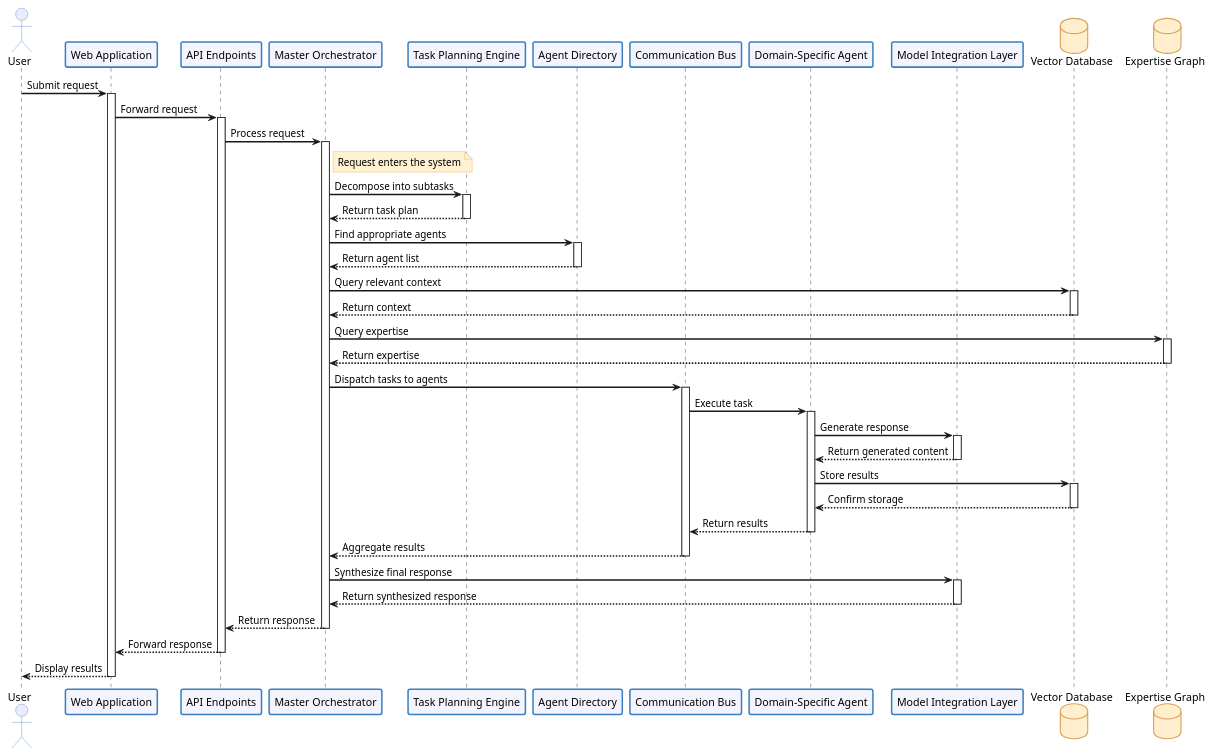
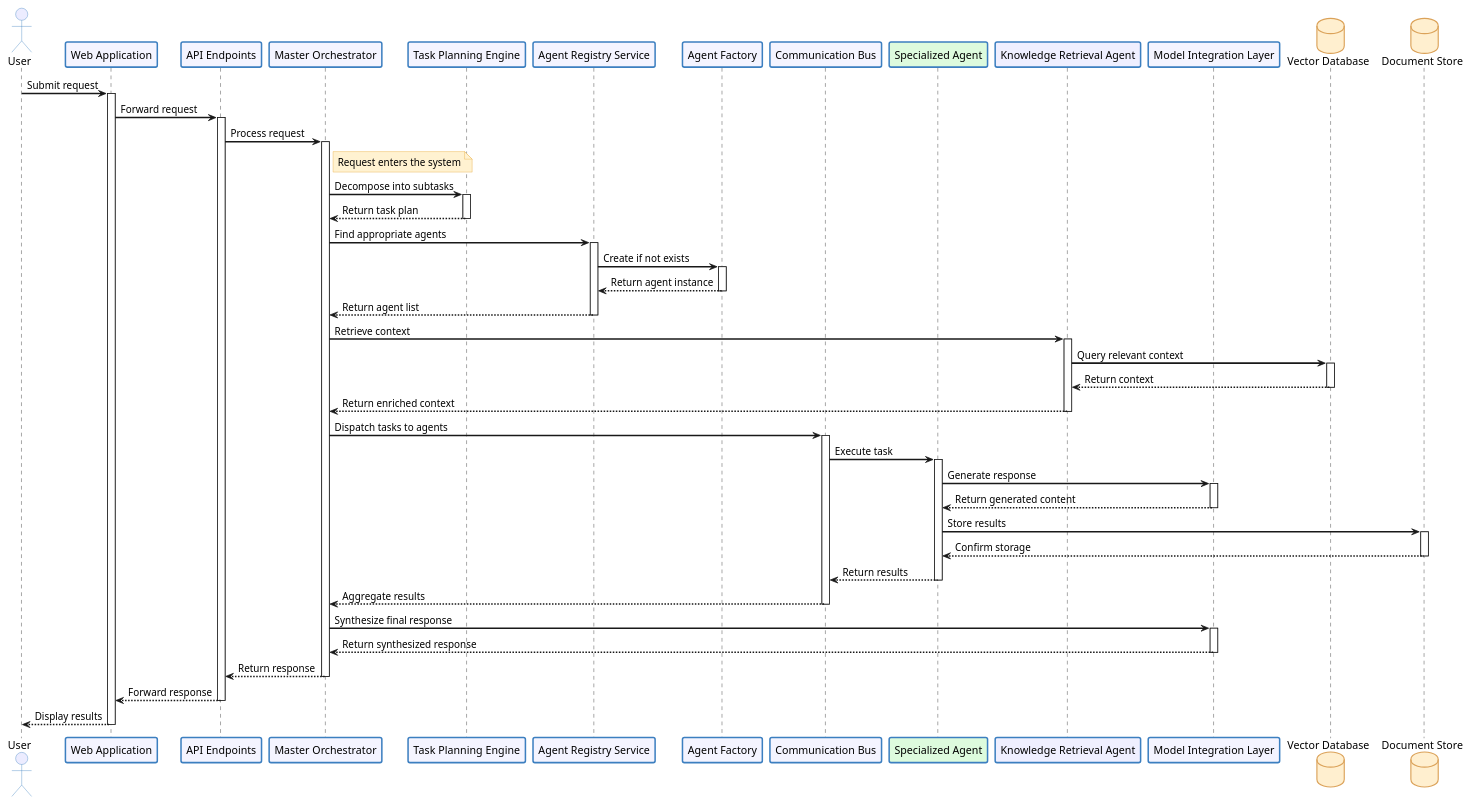
Before and after one commit to uiftikhar/productive-ai: the diagram in docs/UML/Request-Flow-Sequence-Diagram-UML.md, drawn with PlantUML. The commit also changed other lines of this file and 4 other files, not shown here.

Commit message:
update documentaion and UML

```diff
--- a/docs/UML/Request-Flow-Sequence-Diagram-UML.md
+++ b/docs/UML/Request-Flow-Sequence-Diagram-UML.md
@@ -20,12 +19,14 @@
 participant "API Endpoints" as API
 participant "Master Orchestrator" as Orchestrator
 participant "Task Planning Engine" as TaskPlanner
-participant "Agent Directory" as AgentDir
+participant "Agent Registry Service" as AgentRegistry
+participant "Agent Factory" as AgentFactory
 participant "Communication Bus" as CommBus
-participant "Domain-Specific Agent" as Agent
+participant "Specialized Agent" as Agent #DDFBDD
+participant "Knowledge Retrieval Agent" as KnowledgeAgent #EFEFFF
 participant "Model Integration Layer" as ModelLayer
 database "Vector Database" as VectorDB
-database "Expertise Graph" as ExpertiseDB
+database "Document Store" as DocStore
 
 ' Request Flow
 User -> WebApp: Submit request
@@ -45,21 +46,24 @@
 deactivate TaskPlanner
 
 ' Agent Selection Phase
-Orchestrator -> AgentDir: Find appropriate agents
-activate AgentDir
-AgentDir --> Orchestrator: Return agent list
-deactivate AgentDir
+Orchestrator -> AgentRegistry: Find appropriate agents
+activate AgentRegistry
+AgentRegistry -> AgentFactory: Create if not exists
+activate AgentFactory
+AgentFactory --> AgentRegistry: Return agent instance
+deactivate AgentFactory
+AgentRegistry --> Orchestrator: Return agent list
+deactivate AgentRegistry
 
 ' RAG Phase
-Orchestrator -> VectorDB: Query relevant context
+Orchestrator -> KnowledgeAgent: Retrieve context
+activate KnowledgeAgent
+KnowledgeAgent -> VectorDB: Query relevant context
 activate VectorDB
-VectorDB --> Orchestrator: Return context
+VectorDB --> KnowledgeAgent: Return context
 deactivate VectorDB
-
-Orchestrator -> ExpertiseDB: Query expertise
-activate ExpertiseDB
-ExpertiseDB --> Orchestrator: Return expertise
-deactivate ExpertiseDB
+KnowledgeAgent --> Orchestrator: Return enriched context
+deactivate KnowledgeAgent
 
 ' Task Execution Phase
 Orchestrator -> CommBus: Dispatch tasks to agents
@@ -72,10 +76,10 @@
 ModelLayer --> Agent: Return generated content
 deactivate ModelLayer
 
-Agent -> VectorDB: Store results
-activate VectorDB
-VectorDB --> Agent: Confirm storage
-deactivate VectorDB
+Agent -> DocStore: Store results
+activate DocStore
+DocStore --> Agent: Confirm storage
+deactivate DocStore
 
 Agent --> CommBus: Return results
 deactivate Agent
```
